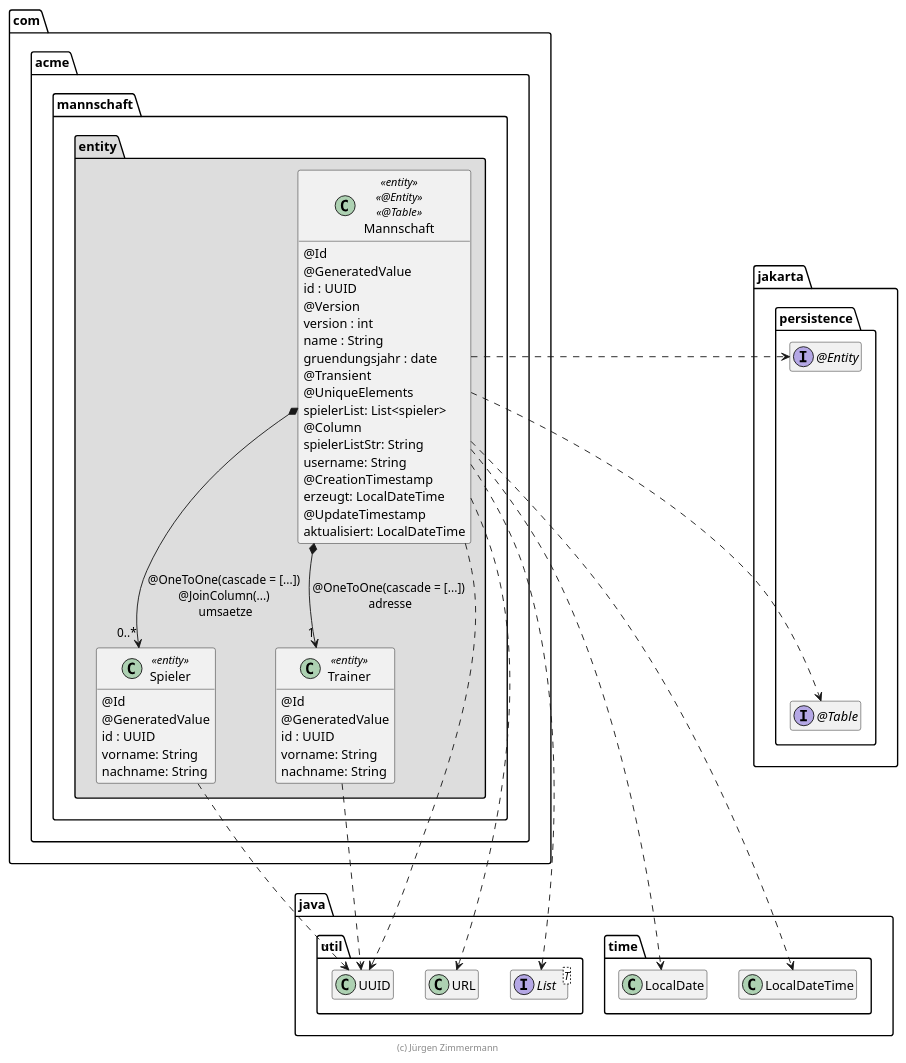
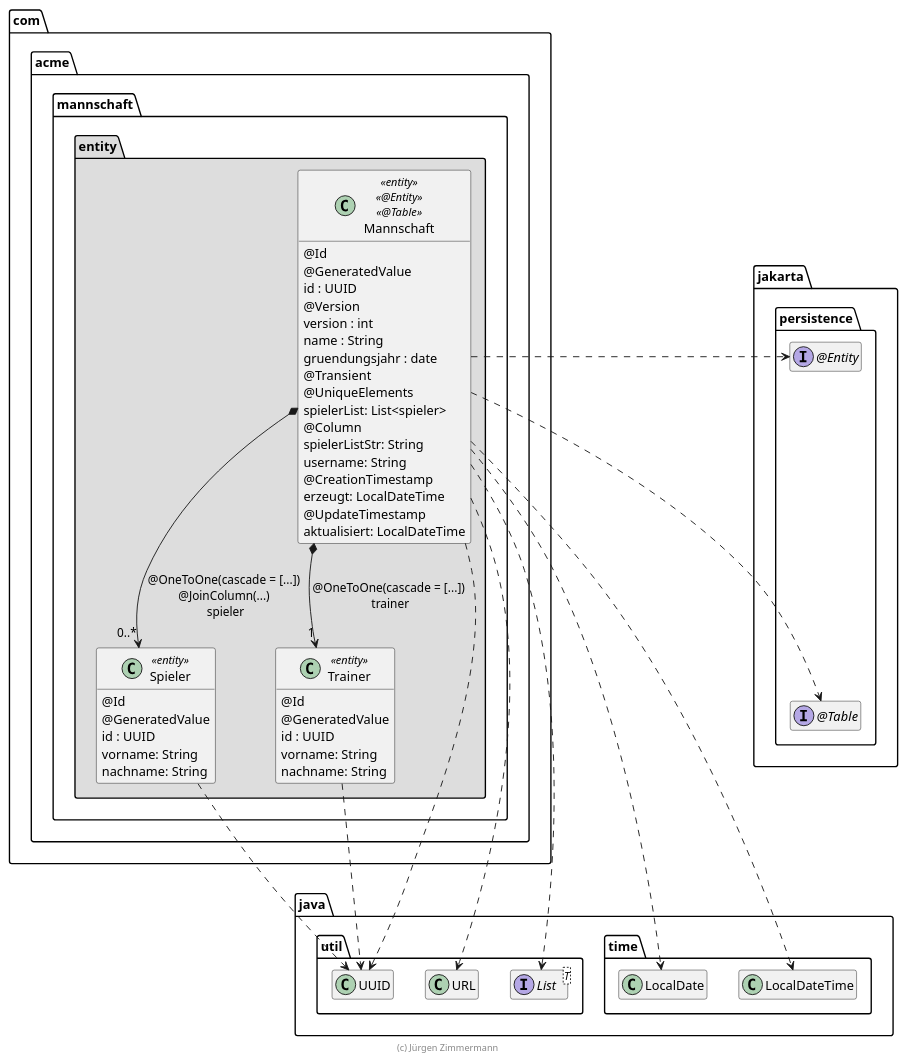
One commit to Snonons/mannschaftv2.1 changed the diagram in extras/doc/Mannschaft.plantuml. Above: the diagram before and after it, drawn with PlantUML. The commit also changed other lines of this file and 51 other files, not shown here.

```diff
--- a/extras/doc/Mannschaft.plantuml
+++ b/extras/doc/Mannschaft.plantuml
@@ -15,87 +1,87 @@
 @startuml Mannschaft
 
 skinparam classAttributeIconSize 0
 ' skinparam monochrome true
 
 package java {
     package util {
         class UUID
         interface List<T>
         class URL
     }
 
     package time {
         class LocalDate
         class LocalDateTime
     }
 
     LocalDate .right[hidden].> LocalDateTime
 }
 
 package jakarta.persistence {
     interface "@Entity" as Entity
     interface "@Table" as Table
 
     Entity -[hidden]down-> Table
     LocalDateTime .up[hidden].> Table
 }
 
 package com.acme.mannschaft {
     package entity #DDDDDD {
         class Spieler << entity >> {
             @Id
             @GeneratedValue
             id : UUID
             vorname: String
             nachname: String
         }
         Spieler ..> UUID
 
         class Trainer << entity >> {
             @Id
             @GeneratedValue
             id : UUID
             vorname: String
             nachname: String
         }
         Trainer ..> UUID
 
         class Mannschaft << entity >>  << @Entity >>  << @Table >> {
             @Id
             @GeneratedValue
             id : UUID
             @Version
             version : int
             name : String
             gruendungsjahr : date
             @Transient
             @UniqueElements
             spielerList: List<spieler>
             @Column
             spielerListStr: String
             username: String
             @CreationTimestamp
             erzeugt: LocalDateTime
             @UpdateTimestamp
             aktualisiert: LocalDateTime
         }
 
-        Mannschaft *--> "0..*" Spieler : @OneToOne(cascade = [...]) \n@JoinColumn(...) \numsaetze
-        Mannschaft *--> "1" Trainer : @OneToOne(cascade = [...]) \nadresse
+        Mannschaft *--> "0..*" Spieler : @OneToOne(cascade = [...]) \n@JoinColumn(...) \nspieler
+        Mannschaft *--> "1" Trainer : @OneToOne(cascade = [...]) \ntrainer
 
         Mannschaft .right.> UUID
         Mannschaft .right.> URL
         Mannschaft .right.> LocalDate
         Mannschaft .right.> LocalDateTime
 
         Mannschaft .right.> List
         Mannschaft .right.> Entity
         Mannschaft .right.> Table
     }
 }
 
 hide empty members
 
 footer (c) Jürgen Zimmermann
 
 @enduml
```
